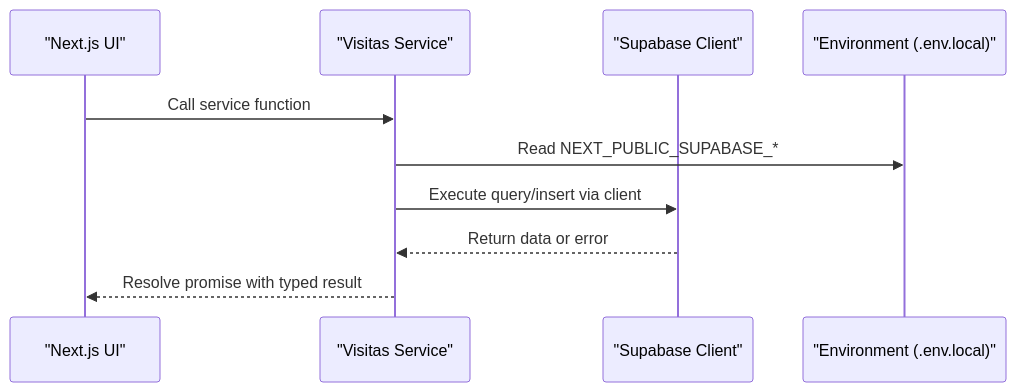
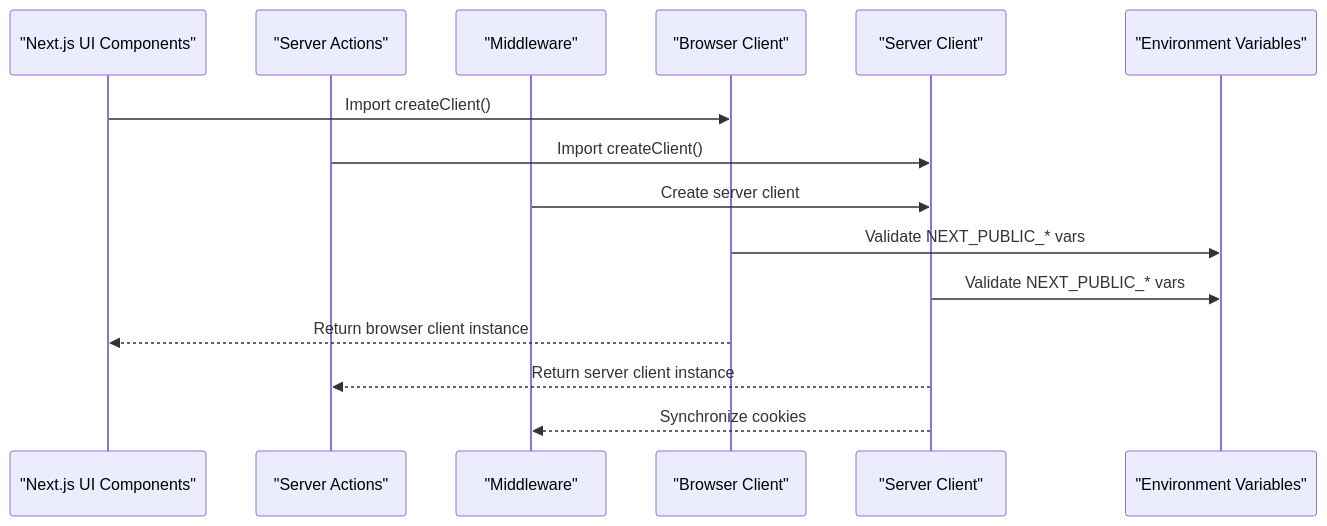
One commit to AgusCatra/simu-twin-web changed the second of 3 diagrams in .qoder/repowiki/en/content/Core Services & Business Logic/Supabase Client Configuration.md. Above: the diagram before and after it, drawn with Mermaid. The commit also changed other lines of this file and 16 other files, not shown here.

````diff
--- a/.qoder/repowiki/en/content/Core Services & Business Logic/Supabase Client Configuration.md
+++ b/.qoder/repowiki/en/content/Core Services & Business Logic/Supabase Client Configuration.md
@@ -92,12 +121,17 @@
 ```mermaid
 sequenceDiagram
-participant UI as "Next.js UI"
-participant Svc as "Visitas Service"
-participant SB as "Supabase Client"
-participant ENV as "Environment (.env.local)"
-UI->>Svc : Call service function
-Svc->>ENV : Read NEXT_PUBLIC_SUPABASE_*
-Svc->>SB : Execute query/insert via client
-SB-->>Svc : Return data or error
-Svc-->>UI : Resolve promise with typed result
+participant UI as "Next.js UI Components"
+participant SA as "Server Actions"
+participant MW as "Middleware"
+participant BC as "Browser Client"
+participant SC as "Server Client"
+participant ENV as "Environment Variables"
+UI->>BC : Import createClient()
+SA->>SC : Import createClient()
+MW->>SC : Create server client
+BC->>ENV : Validate NEXT_PUBLIC_* vars
+SC->>ENV : Validate NEXT_PUBLIC_* vars
+BC-->>UI : Return browser client instance
+SC-->>SA : Return server client instance
+SC-->>MW : Synchronize cookies
 ```
````
